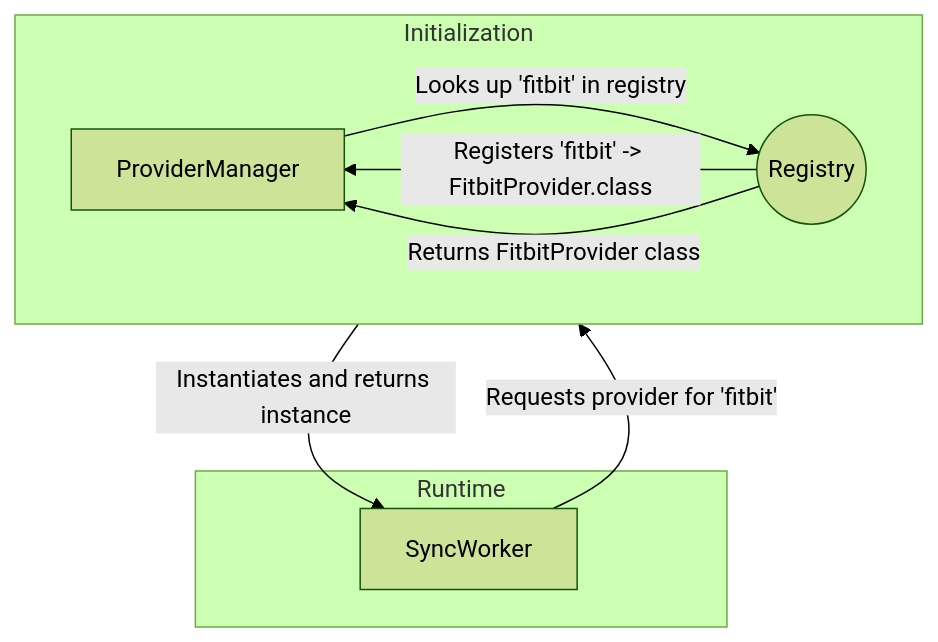
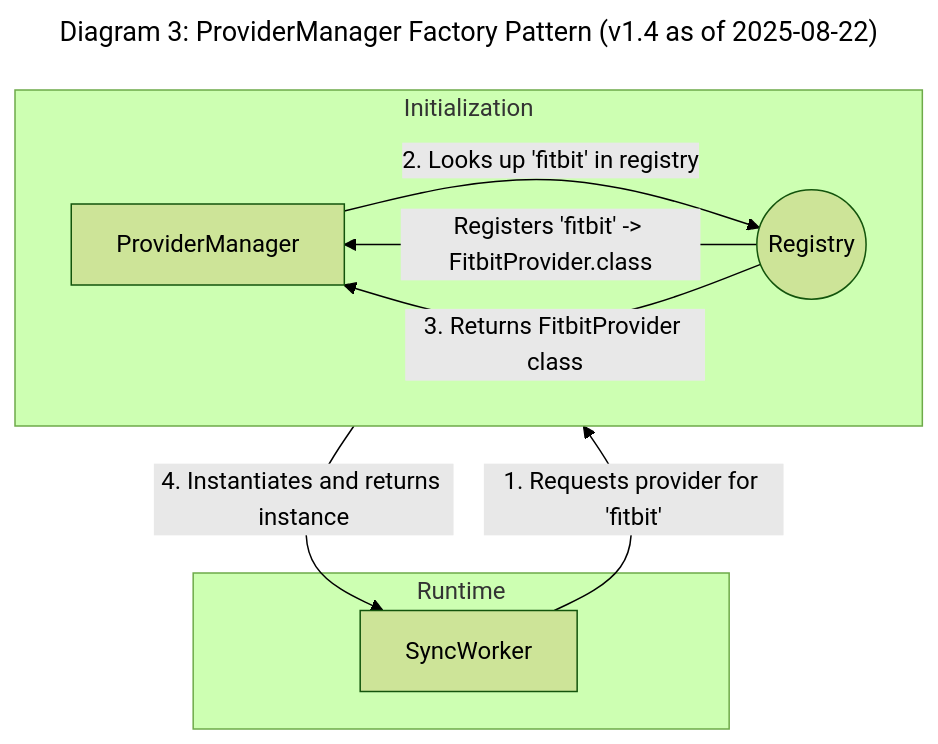
The seventh of 12 diagrams in docs/architecture/06-technical-architecture.md (dino10bit/healthsync), drawn with Mermaid (forest theme) before and after one commit. The commit also changed other lines of this file, not shown here.

Commit message:
Improve clarity and accuracy of architecture diagrams

````diff
--- a/docs/architecture/06-technical-architecture.md
+++ b/docs/architecture/06-technical-architecture.md
@@ -1197,18 +1203,21 @@
 ```mermaid
+---
+title: "Diagram 3: ProviderManager Factory Pattern (v1.4 as of 2025-08-22)"
+---
 graph TD
     A[SyncWorker]
     B[ProviderManager]
     C((Registry))
 
     subgraph Initialization
         direction LR
         C -- "Registers 'fitbit' -> FitbitProvider.class" --> B
     end
 
     subgraph "Runtime"
-        A -- "Requests provider for 'fitbit'" --> B
-        B -- "Looks up 'fitbit' in registry" --> C
-        C -- "Returns FitbitProvider class" --> B
-        B -- "Instantiates and returns instance" --> A
+        A -- "1. Requests provider for 'fitbit'" --> B
+        B -- "2. Looks up 'fitbit' in registry" --> C
+        C -- "3. Returns FitbitProvider class" --> B
+        B -- "4. Instantiates and returns instance" --> A
     end
 ```
````
